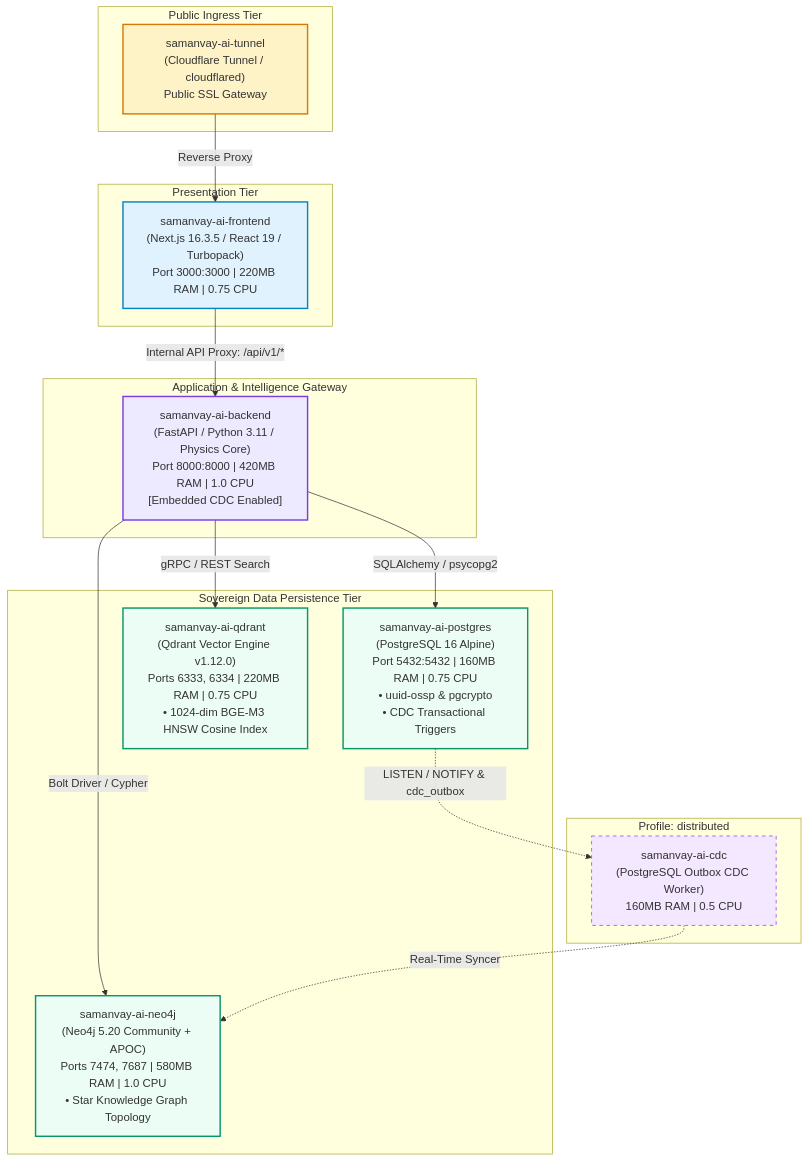
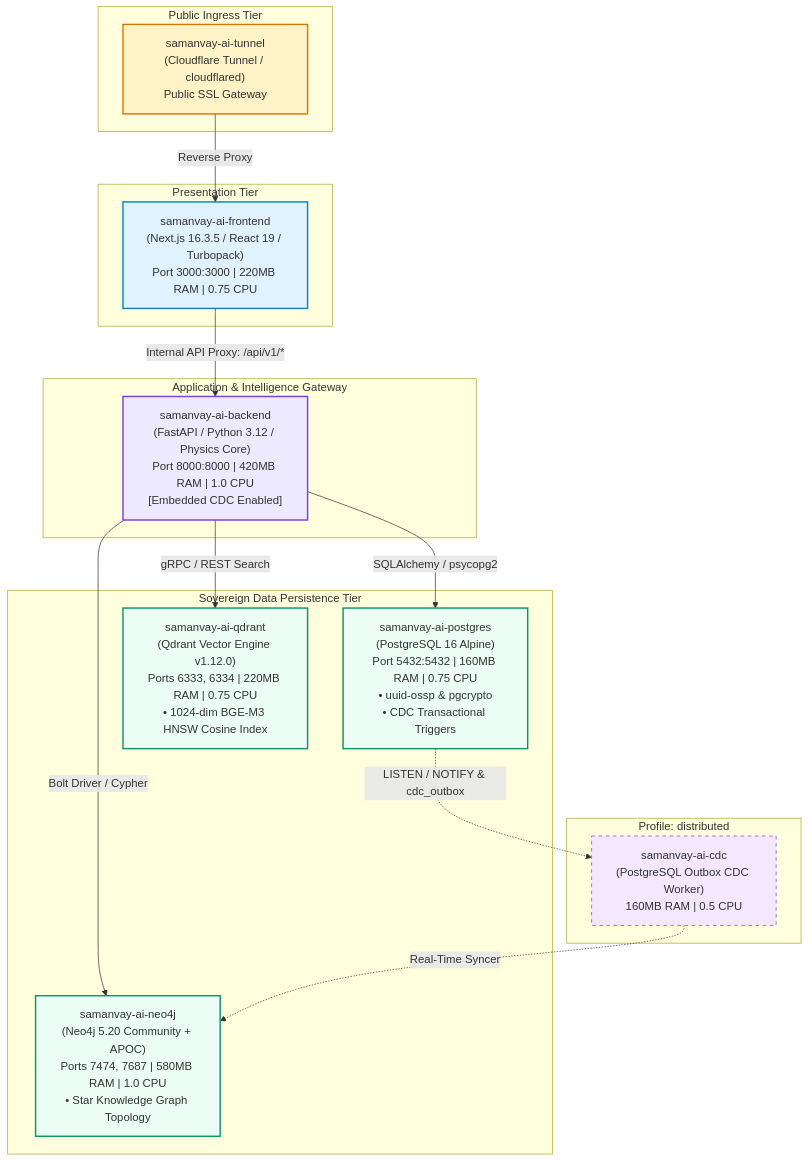
One commit to Gesicht436/Samanvay-AI changed the first of 2 diagrams in docker/README.md. Above: the diagram before and after it, drawn with Mermaid. The commit also changed other lines of this file and 7 other files, not shown here.

````diff
--- a/docker/README.md
+++ b/docker/README.md
@@ -16,44 +16,44 @@
 ```mermaid
 graph TD
     subgraph Public Ingress Tier
         TUNNEL["samanvay-ai-tunnel<br/>(Cloudflare Tunnel / cloudflared)<br/>Public SSL Gateway"]
     end
 
     subgraph Presentation Tier
         FRONTEND["samanvay-ai-frontend<br/>(Next.js 16.3.5 / React 19 / Turbopack)<br/>Port 3000:3000 | 220MB RAM | 0.75 CPU"]
     end
 
     subgraph Application & Intelligence Gateway
-        BACKEND["samanvay-ai-backend<br/>(FastAPI / Python 3.11 / Physics Core)<br/>Port 8000:8000 | 420MB RAM | 1.0 CPU<br/>[Embedded CDC Enabled]"]
+        BACKEND["samanvay-ai-backend<br/>(FastAPI / Python 3.12 / Physics Core)<br/>Port 8000:8000 | 420MB RAM | 1.0 CPU<br/>[Embedded CDC Enabled]"]
     end
 
     subgraph Distributed Streaming Tier [Profile: distributed]
         CDC["samanvay-ai-cdc<br/>(PostgreSQL Outbox CDC Worker)<br/>160MB RAM | 0.5 CPU"]
     end
 
     subgraph Sovereign Data Persistence Tier
         POSTGRES["samanvay-ai-postgres<br/>(PostgreSQL 16 Alpine)<br/>Port 5432:5432 | 160MB RAM | 0.75 CPU<br/>• uuid-ossp & pgcrypto<br/>• CDC Transactional Triggers"]
         QDRANT["samanvay-ai-qdrant<br/>(Qdrant Vector Engine v1.12.0)<br/>Ports 6333, 6334 | 220MB RAM | 0.75 CPU<br/>• 1024-dim BGE-M3 HNSW Cosine Index"]
         NEO4J["samanvay-ai-neo4j<br/>(Neo4j 5.20 Community + APOC)<br/>Ports 7474, 7687 | 580MB RAM | 1.0 CPU<br/>• Star Knowledge Graph Topology"]
     end
 
     TUNNEL -->|Reverse Proxy| FRONTEND
     FRONTEND -->|Internal API Proxy: /api/v1/*| BACKEND
     BACKEND -->|SQLAlchemy / psycopg2| POSTGRES
     BACKEND -->|gRPC / REST Search| QDRANT
     BACKEND -->|Bolt Driver / Cypher| NEO4J
     POSTGRES -.->|LISTEN / NOTIFY & cdc_outbox| CDC
     CDC -.->|Real-Time Syncer| NEO4J
 
     classDef ingress fill:#fef3c7,stroke:#d97706,stroke-width:2px;
     classDef web fill:#e0f2fe,stroke:#0284c7,stroke-width:2px;
     classDef app fill:#ede9fe,stroke:#7c3aed,stroke-width:2px;
     classDef db fill:#ecfdf5,stroke:#059669,stroke-width:2px;
     classDef stream fill:#f3e8ff,stroke:#9333ea,stroke-width:1px,stroke-dasharray: 5 5;
 
     class TUNNEL ingress;
     class FRONTEND web;
     class BACKEND app;
     class CDC stream;
     class POSTGRES,QDRANT,NEO4J db;
 ```
````
